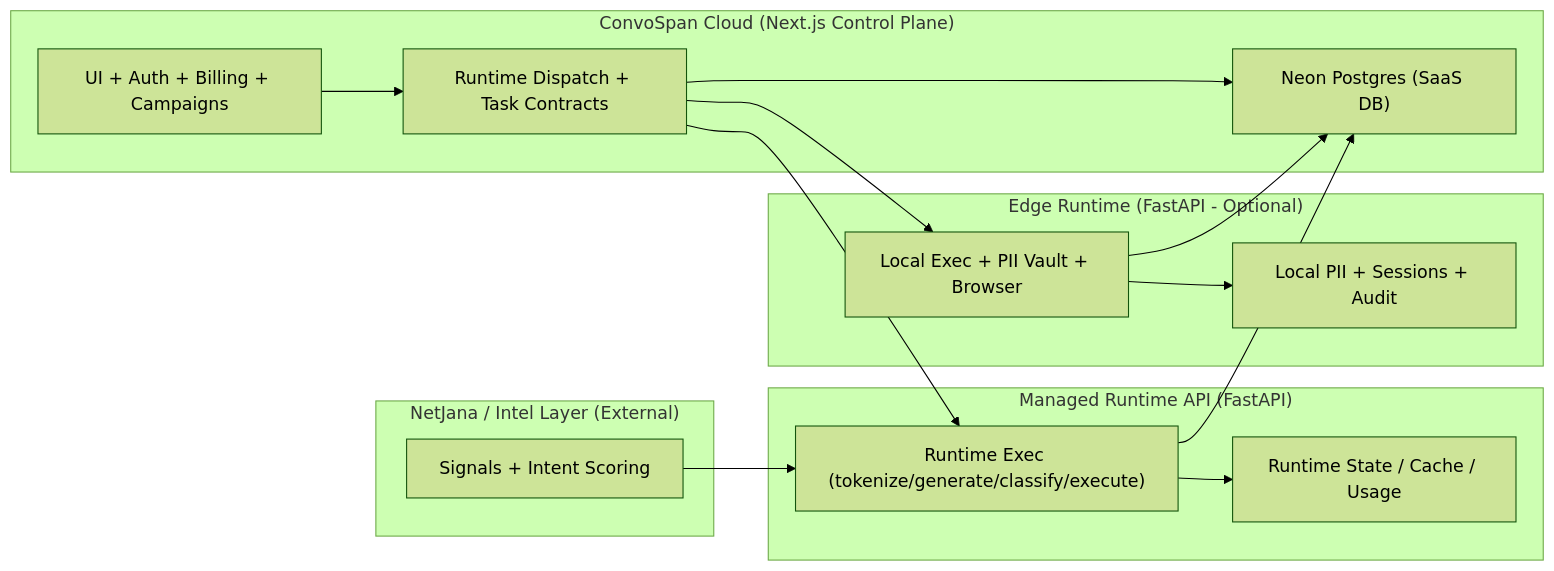
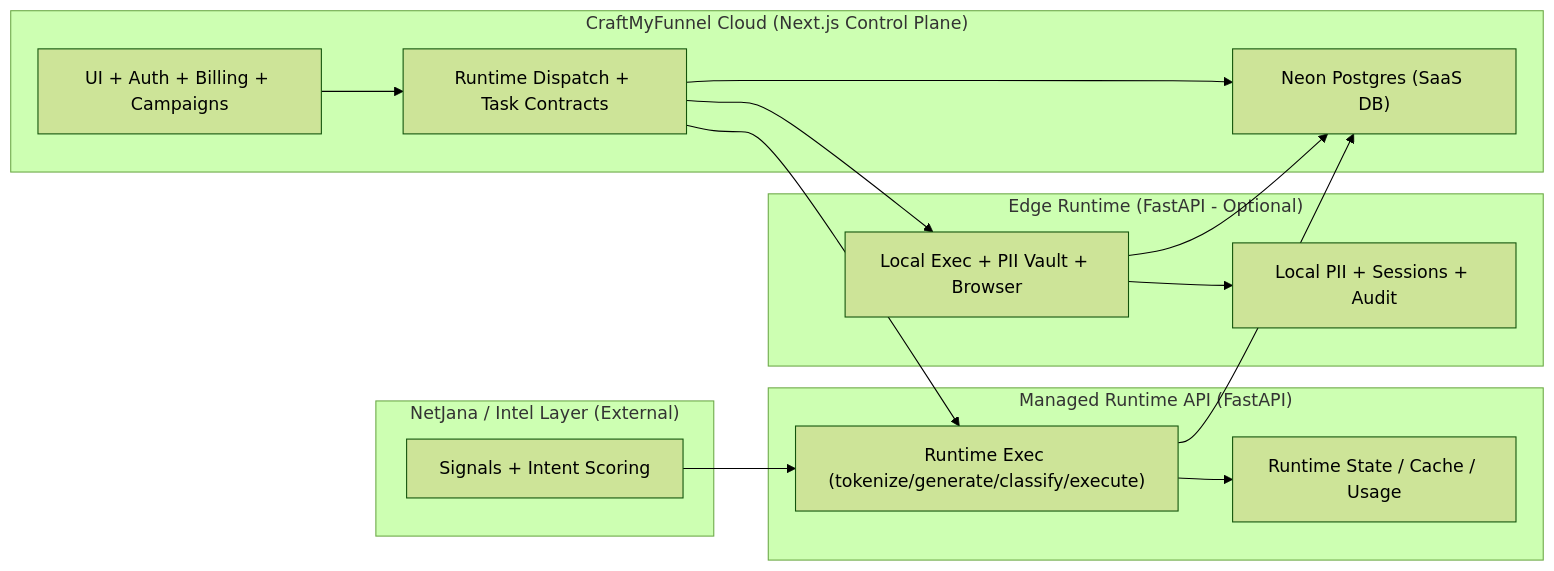
One commit to Convospanai-outreach/fullstack changed the diagram in docs/context/ARCHITECTURE.md. Above: the diagram before and after it, drawn with Mermaid (forest theme). The commit also changed other lines of this file and 104 other files, not shown here.

Commit message:
chore: comprehensive replacement of ConvoSpan to CraftMyFunnel across full monorepo

````diff
--- a/docs/context/ARCHITECTURE.md
+++ b/docs/context/ARCHITECTURE.md
@@ -5,32 +5,32 @@
 ```mermaid
 flowchart LR
-  subgraph SaaS["ConvoSpan Cloud (Next.js Control Plane)"]
+  subgraph SaaS["CraftMyFunnel Cloud (Next.js Control Plane)"]
     UI["UI + Auth + Billing + Campaigns"]
     Orchestrator["Runtime Dispatch + Task Contracts"]
     DB["Neon Postgres (SaaS DB)"]
   end
 
   subgraph Managed["Managed Runtime API (FastAPI)"]
     MR["Runtime Exec (tokenize/generate/classify/execute)"]
     MRDB["Runtime State / Cache / Usage"]
   end
 
   subgraph Edge["Edge Runtime (FastAPI - Optional)"]
     ER["Local Exec + PII Vault + Browser"]
     EDB["Local PII + Sessions + Audit"]
   end
 
   subgraph Intel["NetJana / Intel Layer (External)"]
     NJ["Signals + Intent Scoring"]
   end
 
   UI --> Orchestrator
   Orchestrator --> DB
   Orchestrator --> MR
   Orchestrator --> ER
   MR --> MRDB
   ER --> EDB
   NJ --> MR
   MR --> DB
   ER --> DB
 ```
````
